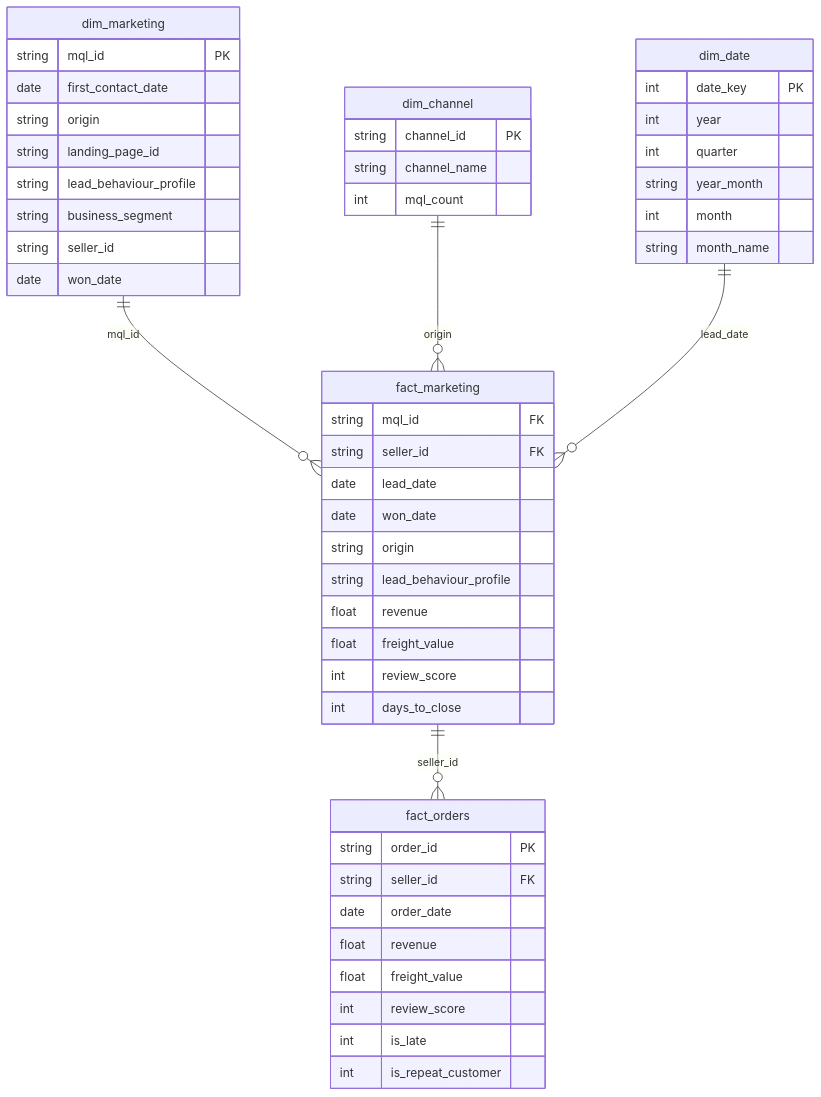
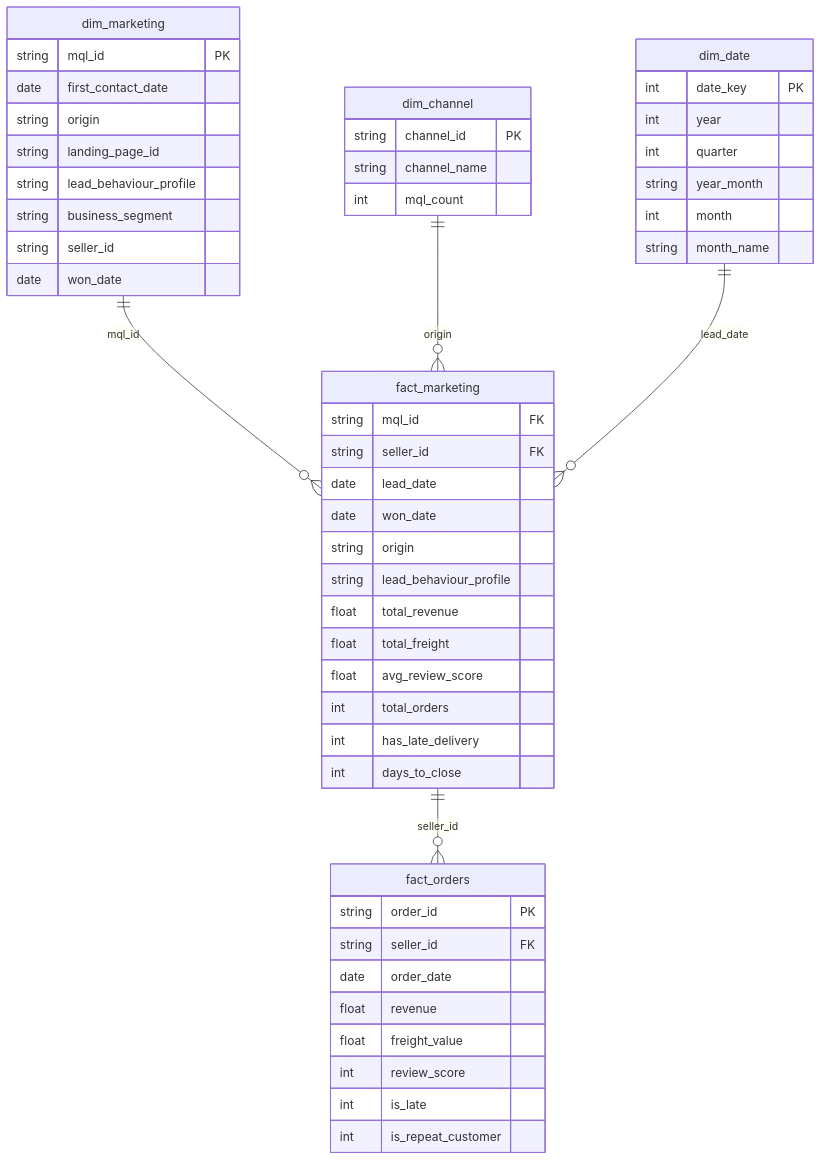
The first of 2 diagrams in docs/powerbi_build_guide.md (albarpambagio/olist-marketing-dashboard), drawn with Mermaid before and after one commit. The commit also changed other lines of this file and 4 other files, not shown here.

````diff
--- a/docs/powerbi_build_guide.md
+++ b/docs/powerbi_build_guide.md
@@ -11,57 +11,59 @@
 ```mermaid
 erDiagram
     dim_marketing ||--o{ fact_marketing : "mql_id"
     dim_channel ||--o{ fact_marketing : "origin"
     dim_date ||--o{ fact_marketing : "lead_date"
     fact_marketing ||--o{ fact_orders : "seller_id"
 
     dim_marketing {
         string mql_id PK
         date first_contact_date
         string origin
         string landing_page_id
         string lead_behaviour_profile
         string business_segment
         string seller_id
         date won_date
     }
 
     dim_channel {
         string channel_id PK
         string channel_name
         int mql_count
     }
 
     dim_date {
         int date_key PK
         int year
         int quarter
         string year_month
         int month
         string month_name
     }
 
     fact_marketing {
         string mql_id FK
         string seller_id FK
         date lead_date
         date won_date
         string origin
         string lead_behaviour_profile
-        float revenue
-        float freight_value
-        int review_score
+        float total_revenue
+        float total_freight
+        float avg_review_score
+        int total_orders
+        int has_late_delivery
         int days_to_close
     }
 
     fact_orders {
         string order_id PK
         string seller_id FK
         date order_date
         float revenue
         float freight_value
         int review_score
         int is_late
         int is_repeat_customer
     }
 ```
````
